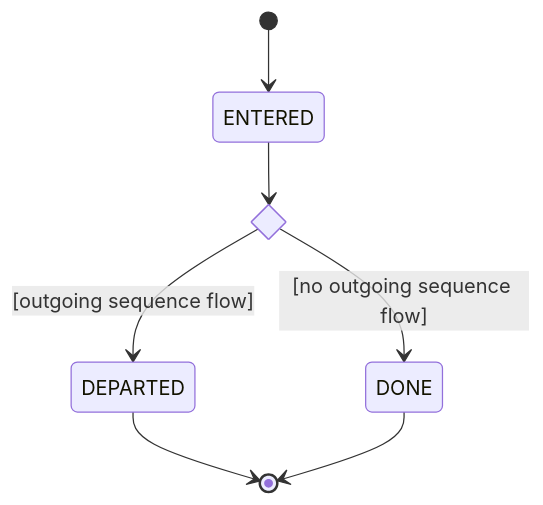
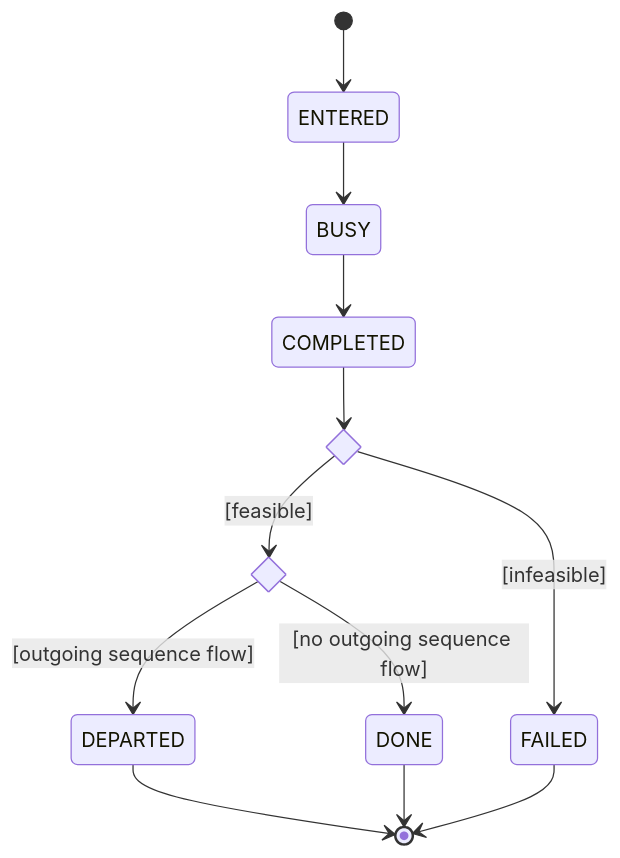
One commit to bpmn-os/bpmnos-engine changed the diagram in docs/md/logic/token_flow_logic_untyped_start_events.md. Above: the diagram before and after it, drawn with Mermaid. The commit also changed other lines of this file and 37 other files, not shown here.

```diff
--- a/docs/md/logic/token_flow_logic_untyped_start_events.md
+++ b/docs/md/logic/token_flow_logic_untyped_start_events.md
@@ -8,10 +14,16 @@
 <pre class="mermaid">
 stateDiagram-v2
+    state feasibleEntry <<choice>>
     state departure <<choice>>
     [*] --> ENTERED
-    ENTERED --> departure
+    ENTERED --> BUSY
+    BUSY --> COMPLETED
+    COMPLETED --> feasibleEntry
+    feasibleEntry --> departure: [feasible]
+    feasibleEntry --> FAILED: [infeasible]
     departure --> DEPARTED: [outgoing sequence flow]
     departure --> DONE: [no outgoing sequence flow]
     DEPARTED --> [*]
     DONE --> [*]
+    FAILED --> [*]
 </pre>
```
